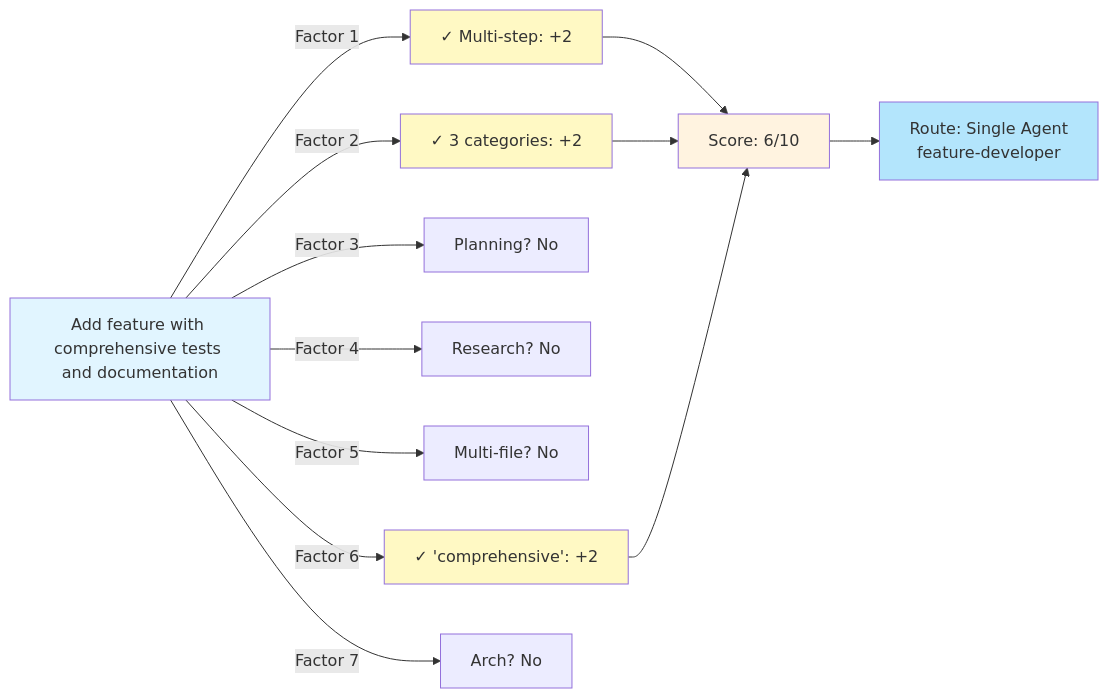
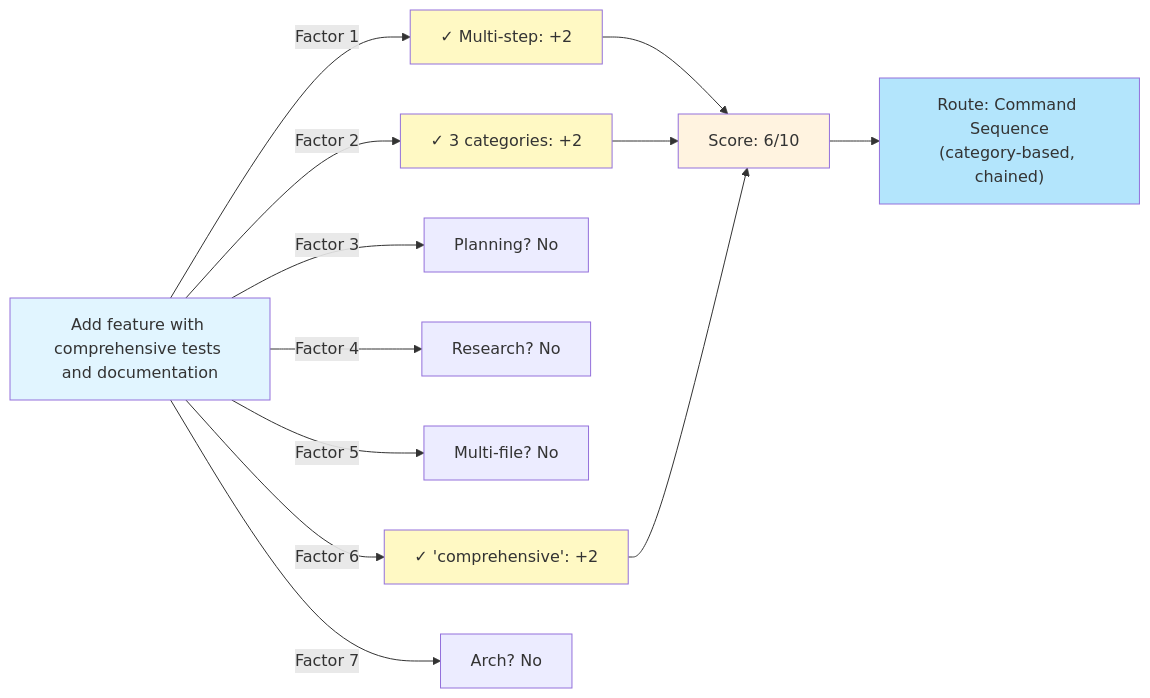
One commit to Data-Wise/craft changed the third of 8 diagrams in docs/guide/complexity-scoring-algorithm.md. Above: the diagram before and after it, drawn with Mermaid. The commit also changed other lines of this file and 51 other files, not shown here.

````diff
--- a/docs/guide/complexity-scoring-algorithm.md
+++ b/docs/guide/complexity-scoring-algorithm.md
@@ -242,23 +242,23 @@
 ```mermaid
 graph LR
     A["Add feature with comprehensive tests and documentation"] -->|Factor 1| B["✓ Multi-step: +2"]
     A -->|Factor 2| C["✓ 3 categories: +2"]
     A -->|Factor 3| D["Planning? No"]
     A -->|Factor 4| E["Research? No"]
     A -->|Factor 5| F["Multi-file? No"]
     A -->|Factor 6| G["✓ 'comprehensive': +2"]
     A -->|Factor 7| H["Arch? No"]
 
     B --> I["Score: 6/10"]
     C --> I
     G --> I
 
-    I --> J["Route: Single Agent<br/>feature-developer"]
+    I --> J["Route: Command Sequence<br/>(category-based, chained)"]
 
     style A fill:#e1f5ff
     style B fill:#fff9c4
     style C fill:#fff9c4
     style G fill:#fff9c4
     style I fill:#fff3e0
     style J fill:#b3e5fc
 ```
````
